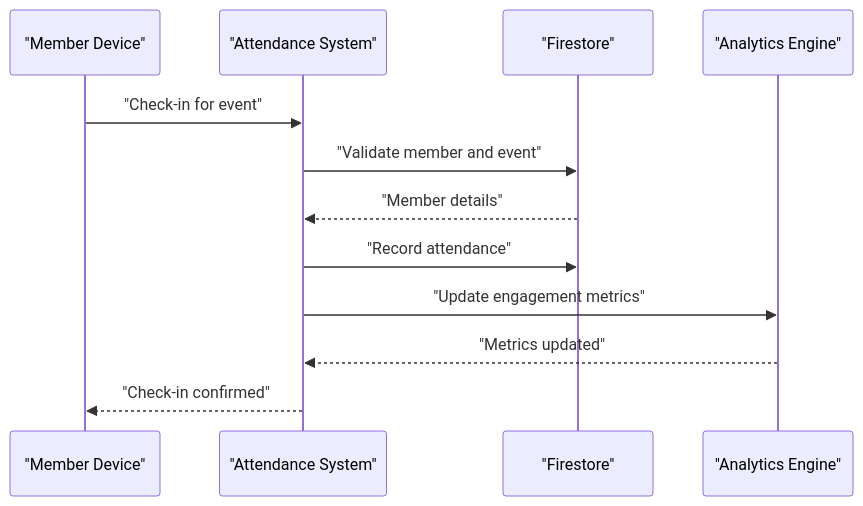
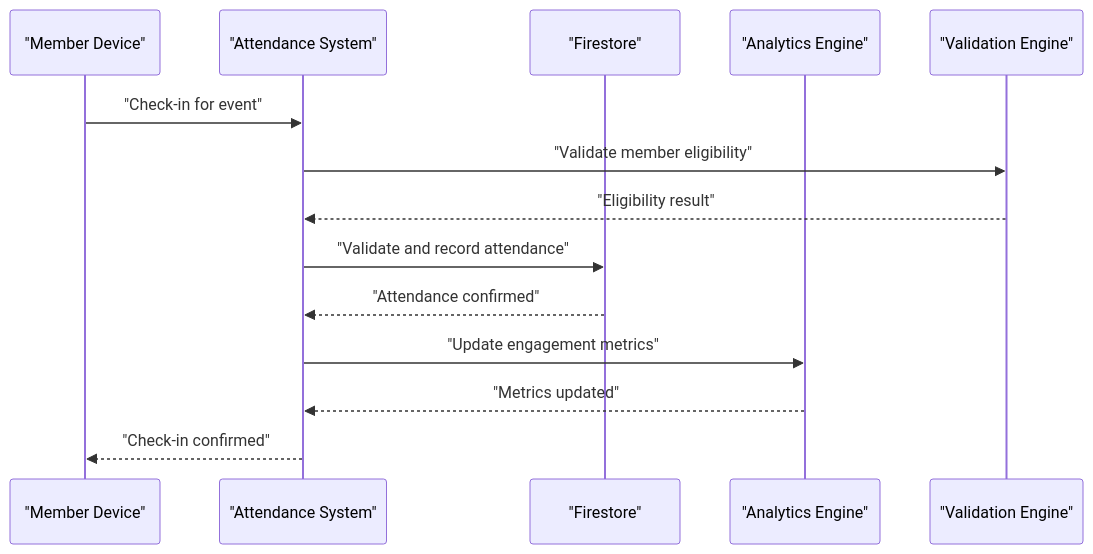
The seventh of 12 diagrams in .qoder/repowiki/en/content/Member Management/Member Management.md (raihom-netizen/com.gestaoyahwehios.app), drawn with Mermaid before and after one commit. The commit also changed other lines of this file and 161 other files, not shown here.

````diff
--- a/.qoder/repowiki/en/content/Member Management/Member Management.md
+++ b/.qoder/repowiki/en/content/Member Management/Member Management.md
@@ -302,14 +376,16 @@
 ```mermaid
 sequenceDiagram
 participant Member as "Member Device"
 participant System as "Attendance System"
 participant DB as "Firestore"
 participant Analytics as "Analytics Engine"
+participant Val as "Validation Engine"
 Member->>System : "Check-in for event"
-System->>DB : "Validate member and event"
-DB-->>System : "Member details"
-System->>DB : "Record attendance"
+System->>Val : "Validate member eligibility"
+Val-->>System : "Eligibility result"
+System->>DB : "Validate and record attendance"
+DB-->>System : "Attendance confirmed"
 System->>Analytics : "Update engagement metrics"
 Analytics-->>System : "Metrics updated"
 System-->>Member : "Check-in confirmed"
 ```
````
